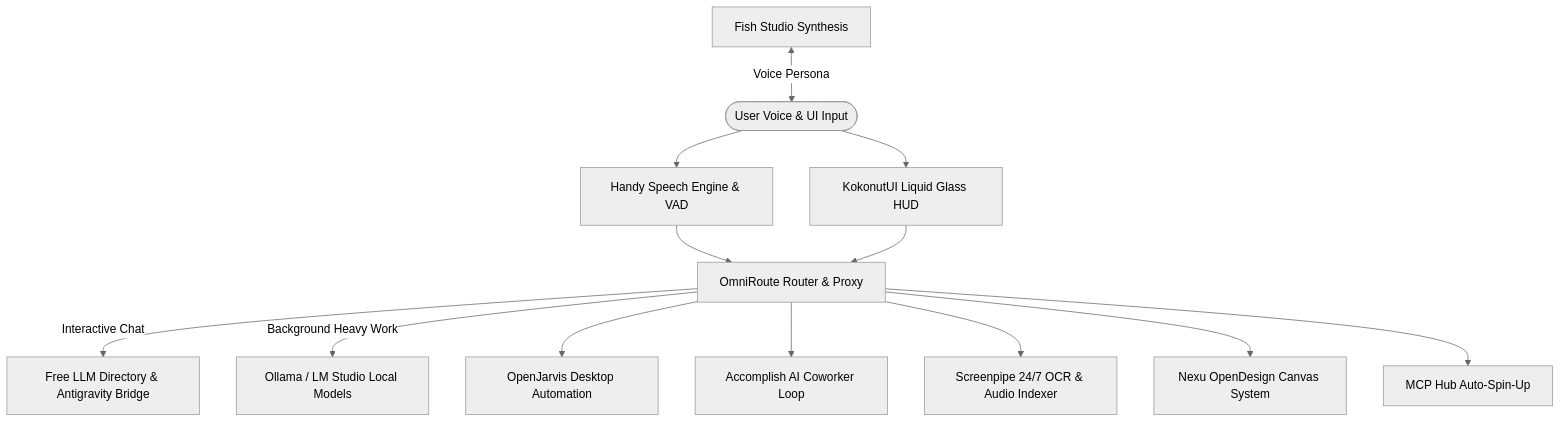
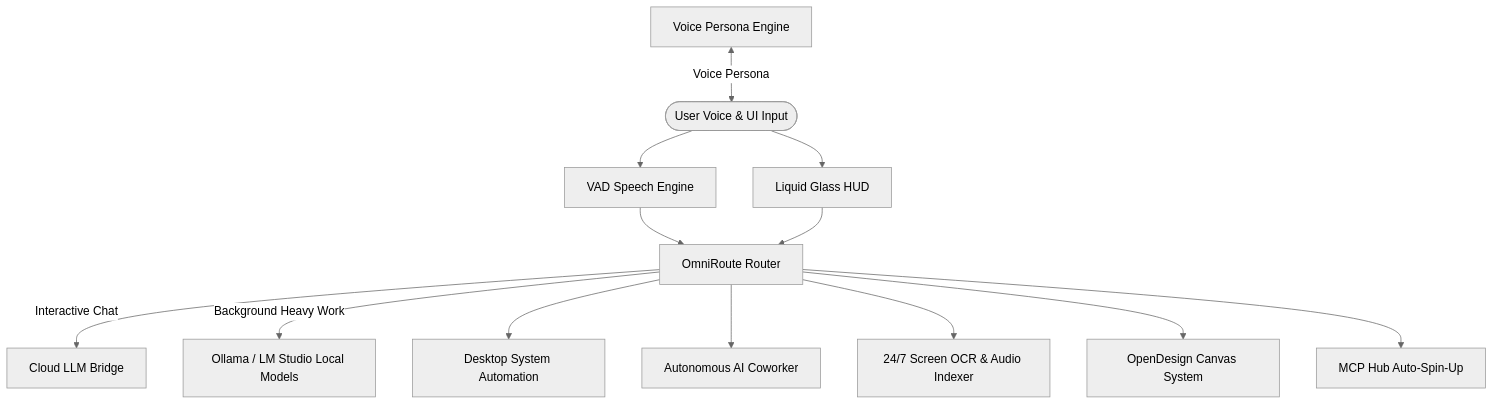
The diagram in Antigravity.md (mark816p/ULTRON), drawn with Mermaid (neutral theme) before and after one commit. The commit also changed 4 other files, not shown here.

````diff
--- a/Antigravity.md
+++ b/Antigravity.md
@@ -18,19 +18,19 @@
 ```mermaid
 graph TD
-    User([User Voice & UI Input]) --> Handy[Handy Speech Engine & VAD]
-    User --> ChatUI[KokonutUI Liquid Glass HUD]
+    User([User Voice & UI Input]) --> VAD[VAD Speech Engine]
+    User --> ChatUI[Liquid Glass HUD]
     
-    Handy --> OmniRoute[OmniRoute Router & Proxy]
+    VAD --> OmniRoute[OmniRoute Router]
     ChatUI --> OmniRoute
 
-    OmniRoute -->|Interactive Chat| CloudAPI[Free LLM Directory & Antigravity Bridge]
+    OmniRoute -->|Interactive Chat| CloudAPI[Cloud LLM Bridge]
     OmniRoute -->|Background Heavy Work| LocalBionic[Ollama / LM Studio Local Models]
 
-    OmniRoute --> OpenJarvis[OpenJarvis Desktop Automation]
-    OmniRoute --> Accomplish[Accomplish AI Coworker Loop]
-    OmniRoute --> Screenpipe[Screenpipe 24/7 OCR & Audio Indexer]
-    OmniRoute --> OpenDesign[Nexu OpenDesign Canvas System]
+    OmniRoute --> Automation[Desktop System Automation]
+    OmniRoute --> Coworker[Autonomous AI Coworker]
+    OmniRoute --> Screenpipe[24/7 Screen OCR & Audio Indexer]
+    OmniRoute --> OpenDesign[OpenDesign Canvas System]
     OmniRoute --> MCP[MCP Hub Auto-Spin-Up]
     
-    Fish[Fish Studio Synthesis] <-- Voice Persona --> User
+    VoiceEngine[Voice Persona Engine] <-- Voice Persona --> User
 ```
````
